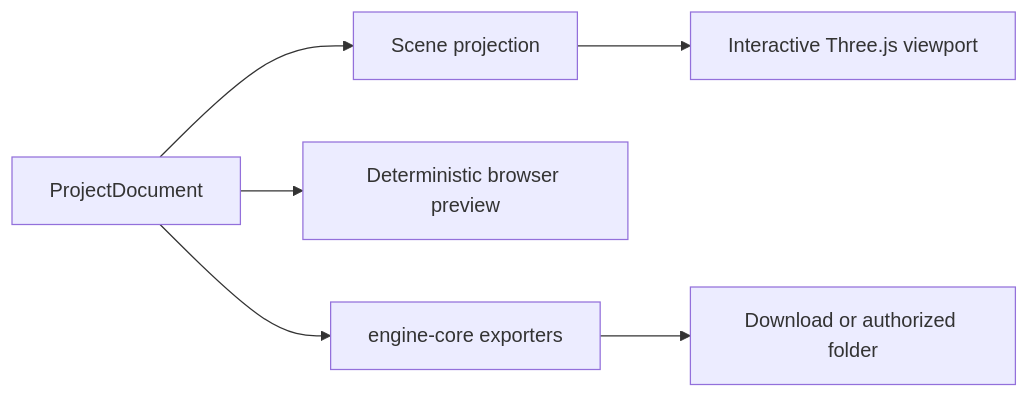
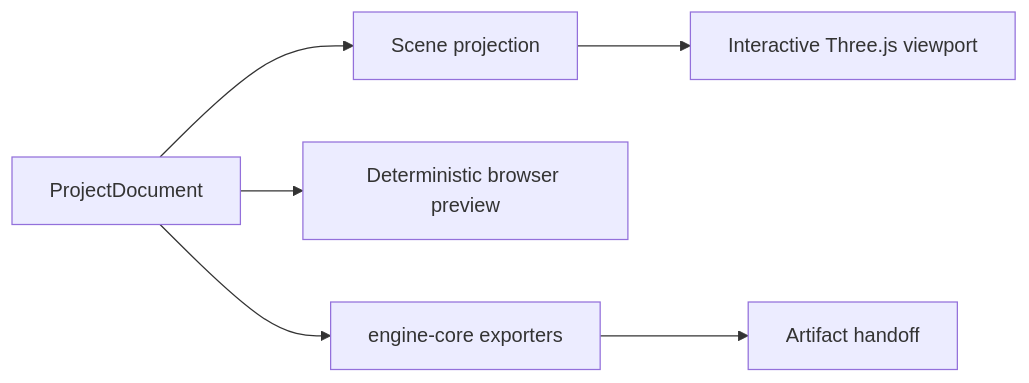
One commit to sigee-min/Ashfox changed the first of 2 diagrams in docs/architecture/rendering-assets-export.md. Above: the diagram before and after it, drawn with Mermaid. The commit also changed other lines of this file and 159 other files, not shown here.

````diff
--- a/docs/architecture/rendering-assets-export.md
+++ b/docs/architecture/rendering-assets-export.md
@@ -7,8 +7,8 @@
 ```mermaid
 flowchart LR
     Document["ProjectDocument"] --> Compiler["Scene projection"]
     Compiler --> Viewport["Interactive Three.js viewport"]
     Document --> Preview["Deterministic browser preview"]
     Document --> Exporters["engine-core exporters"]
-    Exporters --> Bundle["Download or authorized folder"]
+    Exporters --> Bundle["Artifact handoff"]
 ```
````
